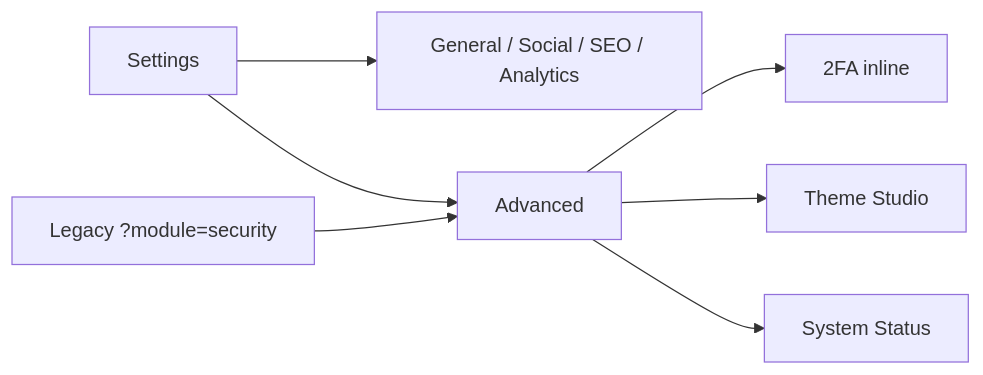
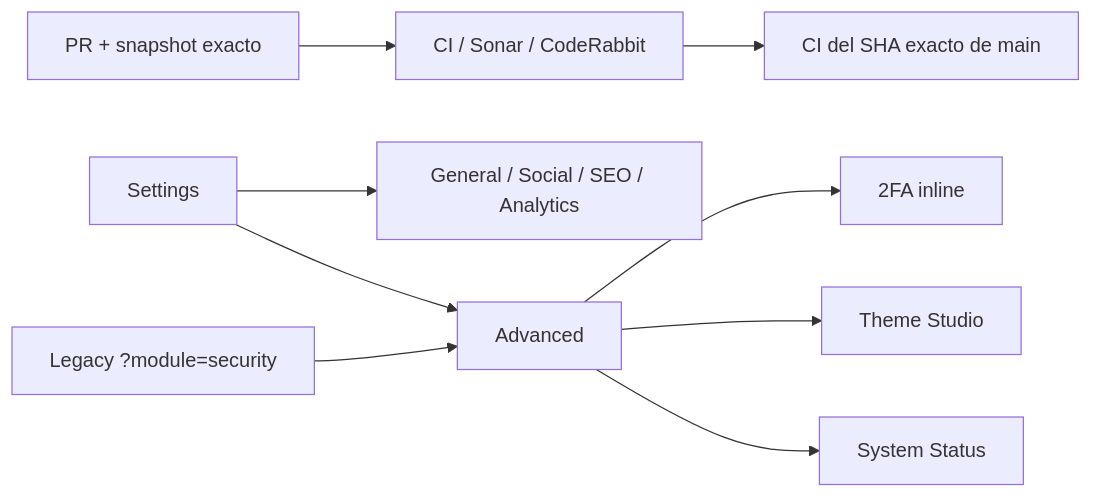
The diagram in README.md (pl0n3r/brvtal), drawn with Mermaid before and after one commit. The commit also changed other lines of this file and 1 other file, not shown here.

````diff
--- a/README.md
+++ b/README.md
@@ -49,9 +49,11 @@
 ```mermaid
 flowchart LR
+ P["PR + snapshot exacto"] --> Q["CI / Sonar / CodeRabbit"]
+ Q --> X["CI del SHA exacto de main"]
  A["Settings"] --> G["General / Social / SEO / Analytics"]
  A --> V["Advanced"]
  V --> S["2FA inline"]
  V --> T["Theme Studio"]
  V --> O["System Status"]
  L["Legacy ?module=security"] --> V
 ```
````
